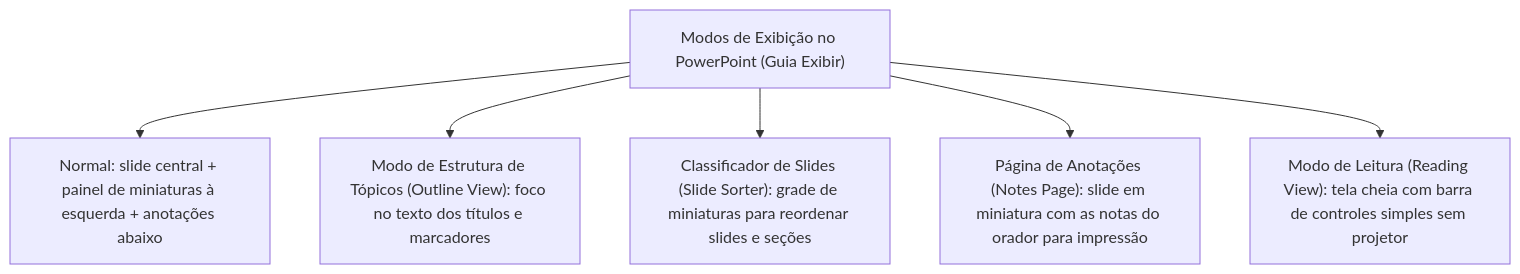
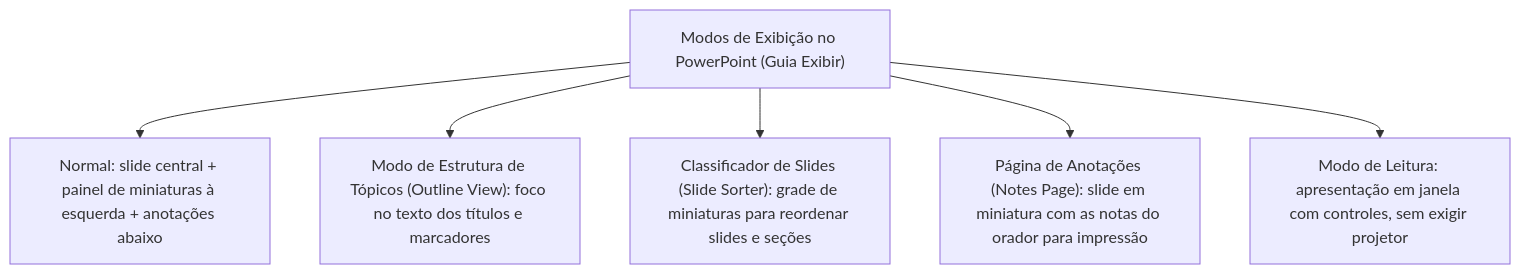
One commit to leorruas/concursos changed the first of 3 diagrams in 3 - Materias/Informatica/06 - powerpoint 365 organizacao slides mestre animacoes e apresentacao.md. Above: the diagram before and after it, drawn with Mermaid. The commit also changed other lines of this file, not shown here.

````diff
--- a/3 - Materias/Informatica/06 - powerpoint 365 organizacao slides mestre animacoes e apresentacao.md
+++ b/3 - Materias/Informatica/06 - powerpoint 365 organizacao slides mestre animacoes e apresentacao.md
@@ -27,9 +27,9 @@
 ```mermaid
 flowchart TD
     Modos["Modos de Exibição no PowerPoint (Guia Exibir)"]
     Modos --> M1["Normal: slide central + painel de miniaturas à esquerda + anotações abaixo"]
     Modos --> M2["Modo de Estrutura de Tópicos (Outline View): foco no texto dos títulos e marcadores"]
     Modos --> M3["Classificador de Slides (Slide Sorter): grade de miniaturas para reordenar slides e seções"]
     Modos --> M4["Página de Anotações (Notes Page): slide em miniatura com as notas do orador para impressão"]
-    Modos --> M5["Modo de Leitura (Reading View): tela cheia com barra de controles simples sem projetor"]
+    Modos --> M5["Modo de Leitura: apresentação em janela com controles, sem exigir projetor"]
 ```
````
